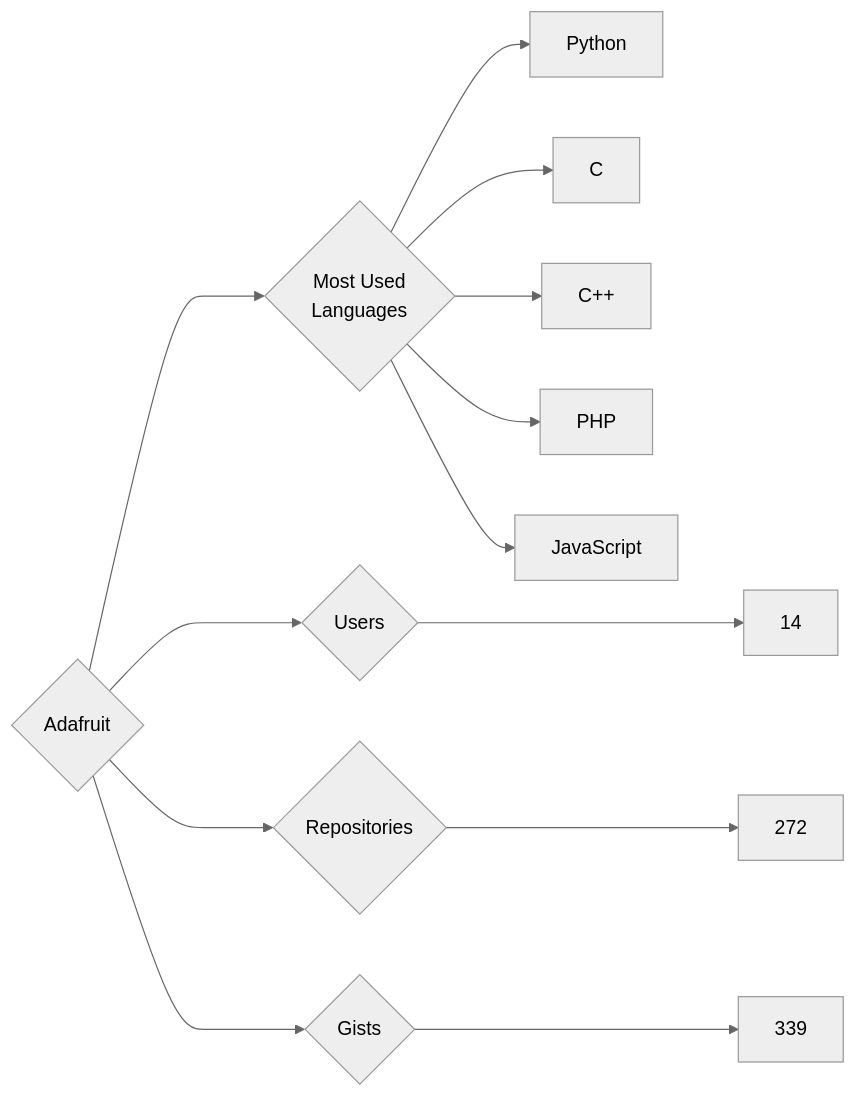
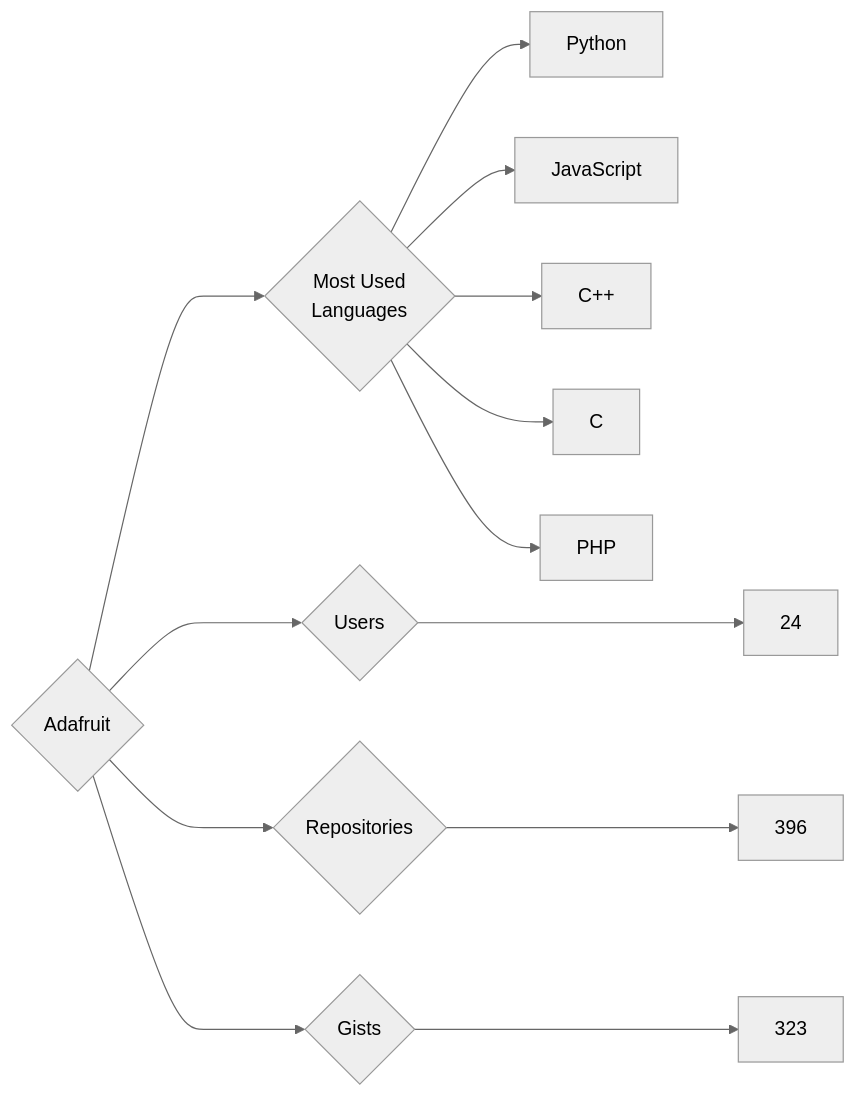
Before and after one commit to trickest/insiders: the diagram in targets/Adafruit/README.md, drawn with Mermaid (neutral theme). The commit also changed 924 other files, not shown here.

````diff
--- a/targets/Adafruit/README.md
+++ b/targets/Adafruit/README.md
@@ -3,13 +3,13 @@
 ```mermaid
 graph LR
 COMPANY_NAME{Adafruit}
-COMPANY_NAME ---> U{Users} ---> UN[14]
-COMPANY_NAME ---> R{Repositories} ---> RN[272]
-COMPANY_NAME ---> G{Gists} ---> GN[339]
+COMPANY_NAME ---> U{Users} ---> UN[24]
+COMPANY_NAME ---> R{Repositories} ---> RN[396]
+COMPANY_NAME ---> G{Gists} ---> GN[323]
 COMPANY_NAME ---> ML{Most Used<br>Languages}
 ML --> Python[Python]
+ML --> JavaScript[JavaScript]
+ML --> C++[C++]
 ML --> C[C]
-ML --> C++[C++]
 ML --> PHP[PHP]
-ML --> JavaScript[JavaScript]
 ```
````
